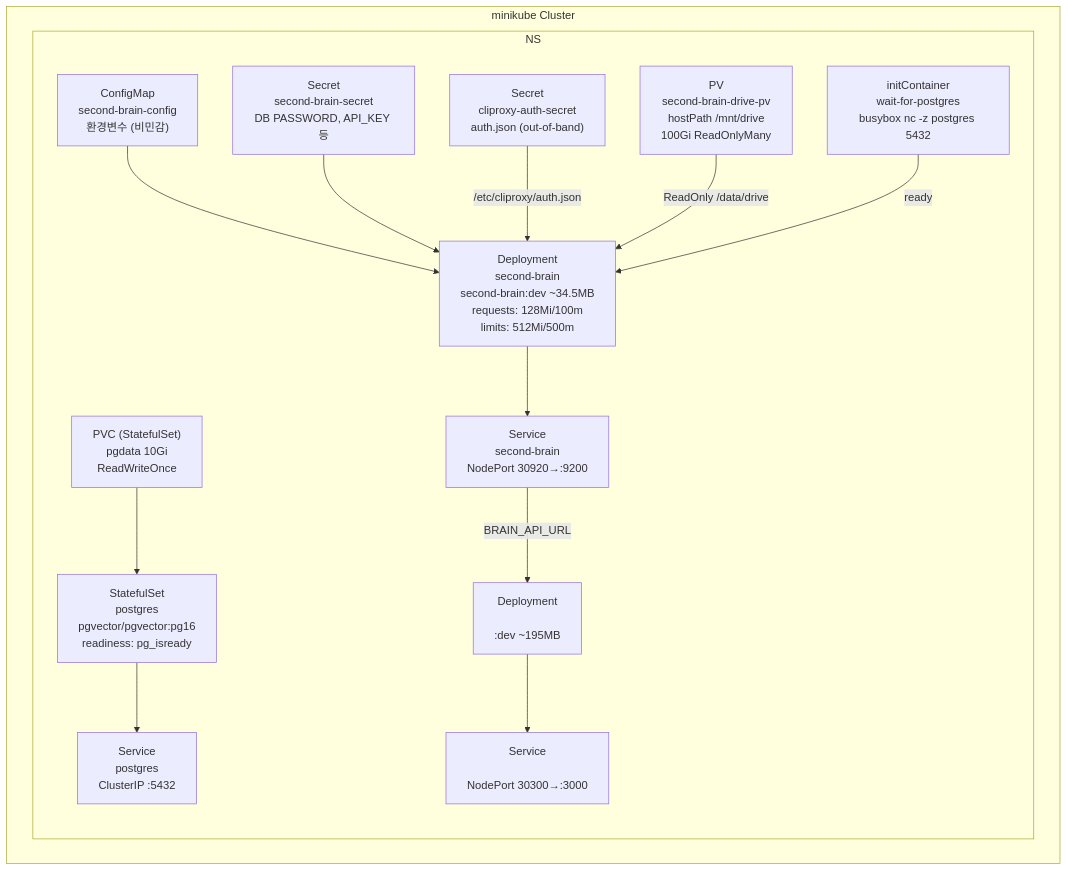
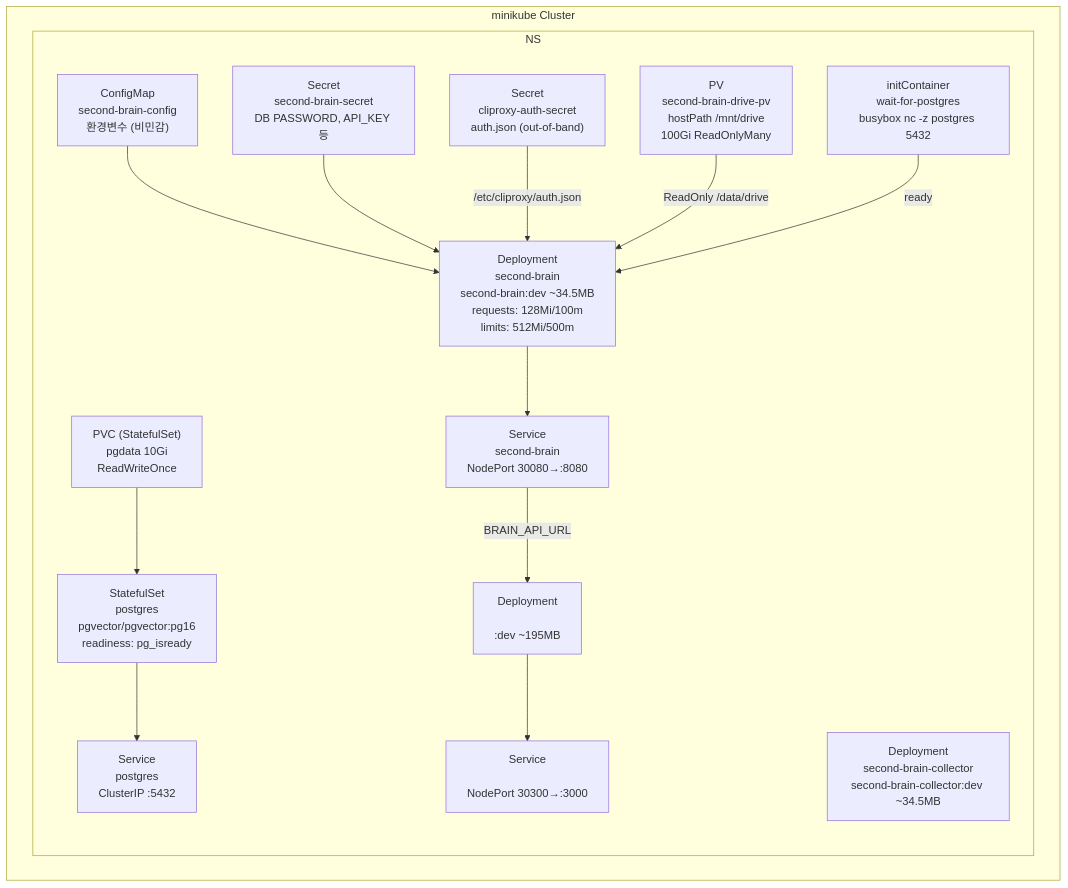
One commit to baekenough/second-brain changed the seventh of 8 diagrams in ARCHITECTURE.md. Above: the diagram before and after it, drawn with Mermaid. The commit also changed other lines of this file and 5 other files, not shown here.

Commit message:
docs: update documentation for curation API architecture

````diff
--- a/ARCHITECTURE.md
+++ b/ARCHITECTURE.md
@@ -659,36 +660,37 @@
 ```mermaid
 flowchart TB
     subgraph Cluster["minikube Cluster"]
         NS["Namespace: second-brain"]
 
         subgraph NS
             CM["ConfigMap\nsecond-brain-config\n환경변수 (비민감)"]
             SEC1["Secret\nsecond-brain-secret\nDB PASSWORD, API_KEY 등"]
             SEC2["Secret\ncliproxy-auth-secret\nauth.json (out-of-band)"]
 
             PV["PV\nsecond-brain-drive-pv\nhostPath /mnt/drive\n100Gi ReadOnlyMany"]
             PVC_PG["PVC (StatefulSet)\npgdata 10Gi\nReadWriteOnce"]
 
             PGSVC["Service\npostgres\nClusterIP :5432"]
             PGSF["StatefulSet\npostgres\npgvector/pgvector:pg16\nreadiness: pg_isready"]
 
-            BRSVC["Service\nsecond-brain\nNodePort 30920→:9200"]
+            BRSVC["Service\nsecond-brain\nNodePort 30080→:8080"]
             BRDEP["Deployment\nsecond-brain\nsecond-brain:dev ~34.5MB\nrequests: 128Mi/100m\nlimits: 512Mi/500m"]
+            COLDEP["Deployment\nsecond-brain-collector\nsecond-brain-collector:dev ~34.5MB"]
             INIT["initContainer\nwait-for-postgres\nbusybox nc -z postgres 5432"]
 
             WSVC["Service\n<web-app>\nNodePort 30300→:3000"]
             WDEP["Deployment\n<web-app>\n<web-app>:dev ~195MB"]
         end
     end
 
     CM --> BRDEP
     SEC1 --> BRDEP
     SEC2 -->|/etc/cliproxy/auth.json| BRDEP
     PV -->|ReadOnly /data/drive| BRDEP
     INIT -->|ready| BRDEP
     PGSF --> PGSVC
     PVC_PG --> PGSF
     BRDEP --> BRSVC
     WDEP --> WSVC
     BRSVC -->|BRAIN_API_URL| WDEP
 ```
````
